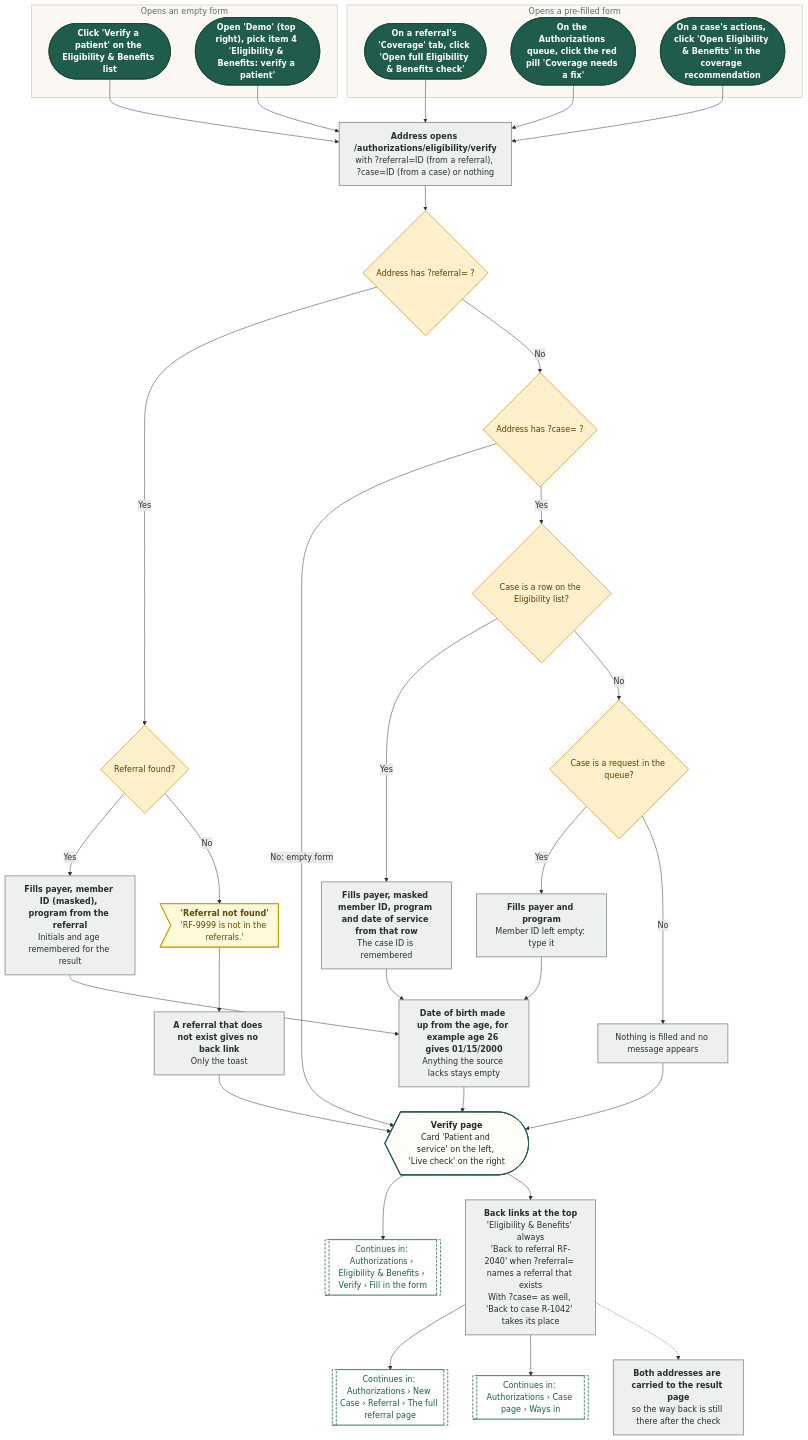
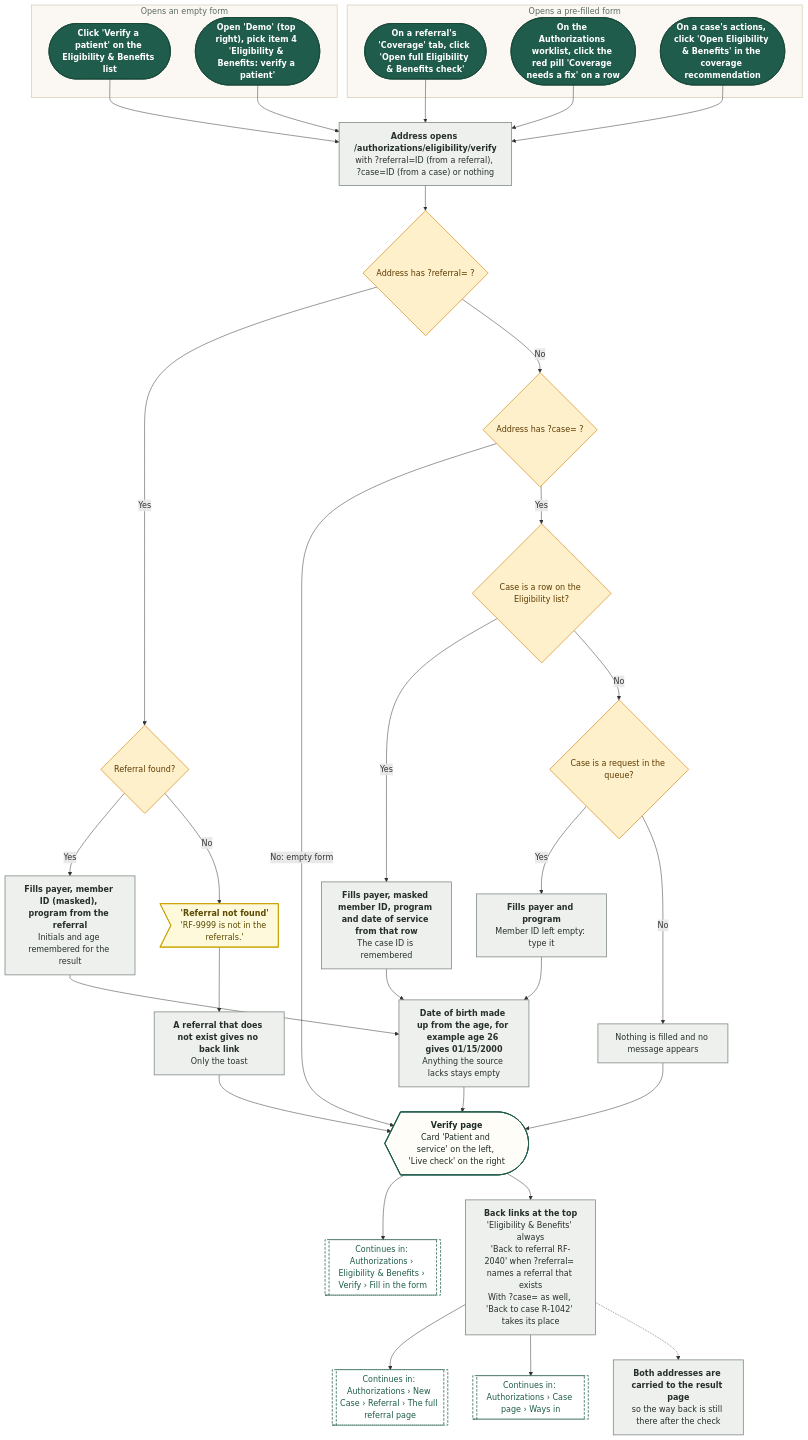
Before and after one commit to Shrav143/psyfloapp: the fourth of 28 diagrams in demos/prior-auth-demo/workflows/out/md/05-eligibility.md, drawn with Mermaid. The commit also changed other lines of this file and 113 other files, not shown here.

First line of the commit message:
docs: workflow diagrams for the merged Authorizations (worklist, approved, reviews and tracked cases, sidebar arrow), every link retargeted, 336 diagrams

````diff
--- a/demos/prior-auth-demo/workflows/out/md/05-eligibility.md
+++ b/demos/prior-auth-demo/workflows/out/md/05-eligibility.md
@@ -251,76 +251,76 @@
 ```mermaid
 %%{init: {"theme":"base","themeVariables":{"fontFamily":"'DM Sans', 'Segoe UI', system-ui, sans-serif","fontSize":"15px","lineColor":"#5B6B63","primaryTextColor":"#1C2B25","clusterBkg":"#FBF8F3","clusterBorder":"#D9CDBB","edgeLabelBackground":"#FFFFFF"},"flowchart":{"curve":"basis","nodeSpacing":36,"rankSpacing":48,"padding":12,"htmlLabels":true,"useMaxWidth":false,"wrappingWidth":230}} }%%
 flowchart TD
   classDef k_start fill:#1F5C4B,stroke:#174638,color:#FFFFFF,stroke-width:1.5px,font-weight:600
   classDef k_end fill:#DDEFE3,stroke:#2E7D4F,color:#14502F,stroke-width:1.5px,font-weight:600
   classDef k_endx fill:#FBE3E0,stroke:#C0392B,color:#7A1F16,stroke-width:1.5px,font-weight:600
   classDef k_screen fill:#FFFDF8,stroke:#1F5C4B,color:#1C2B25,stroke-width:2px
   classDef k_overlay fill:#F1F7F3,stroke:#1F5C4B,color:#1C2B25,stroke-width:2px,stroke-dasharray:5 3
   classDef k_click fill:#DCEBFA,stroke:#2F6DB5,color:#12365F,stroke-width:1.5px
   classDef k_input fill:#E4E7FF,stroke:#4C5FD5,color:#1D2670,stroke-width:1.5px
   classDef k_process fill:#EEF0EE,stroke:#7A857F,color:#26302B,stroke-width:1.5px
   classDef k_agent fill:#EEE5FA,stroke:#7A4FC2,color:#341A63,stroke-width:1.5px
   classDef k_decision fill:#FFF0CC,stroke:#D9962B,color:#5C3B00,stroke-width:1.5px
   classDef k_store fill:#D5F0EA,stroke:#1C8E7B,color:#0B4A3F,stroke-width:1.5px
   classDef k_doc fill:#F6E9DC,stroke:#B07A4C,color:#4A2E14,stroke-width:1.5px
   classDef k_ext fill:#FFE6D2,stroke:#E07B39,color:#6B2F06,stroke-width:1.5px
   classDef k_wait fill:#E4E8EE,stroke:#6B7C93,color:#26303D,stroke-width:1.5px
   classDef k_toast fill:#FFF9DB,stroke:#C9A400,color:#5A4A00,stroke-width:1.5px
   classDef k_goto fill:#FFFFFF,stroke:#1F5C4B,color:#1F5C4B,stroke-width:1.5px,stroke-dasharray:5 3
   subgraph gBlank ["Opens an empty form"]
   a1@{ shape: stadium, label: "Click 'Verify a patient' on the Eligibility & Benefits list" }
   a2@{ shape: stadium, label: "Open 'Demo' (top right), pick item 4 'Eligibility & Benefits: verify a patient'" }
   end
   subgraph gLinked ["Opens a pre-filled form"]
   a3@{ shape: stadium, label: "On a referral's 'Coverage' tab, click 'Open full Eligibility & Benefits check'" }
-  a4@{ shape: stadium, label: "On the Authorizations queue, click the red pill 'Coverage needs a fix'" }
+  a4@{ shape: stadium, label: "On the Authorizations worklist, click the red pill 'Coverage needs a fix' on a row" }
   a5@{ shape: stadium, label: "On a case's actions, click 'Open Eligibility & Benefits' in the coverage recommendation" }
   end
   p0@{ shape: rect, label: "<b>Address opens /authorizations/eligibility/verify</b><br/>with ?referral=ID (from a referral), ?case=ID (from a case) or nothing" }
   q1@{ shape: diam, label: "Address has ?referral= ?" }
   q2@{ shape: diam, label: "Referral found?" }
   p1@{ shape: rect, label: "<b>Fills payer, member ID (masked), program from the referral</b><br/>Initials and age remembered for the result" }
   t1@{ shape: odd, label: "<b>'Referral not found'</b><br/>'RF-9999 is not in the referrals.'" }
   q3@{ shape: diam, label: "Address has ?case= ?" }
   q4@{ shape: diam, label: "Case is a row on the Eligibility list?" }
   p2@{ shape: rect, label: "<b>Fills payer, masked member ID, program and date of service from that row</b><br/>The case ID is remembered" }
   q5@{ shape: diam, label: "Case is a request in the queue?" }
   p3@{ shape: rect, label: "<b>Fills payer and program</b><br/>Member ID left empty: type it" }
   p4@{ shape: rect, label: "Nothing is filled and no message appears" }
   p5@{ shape: rect, label: "<b>Date of birth made up from the age, for example age 26 gives 01/15/2000</b><br/>Anything the source lacks stays empty" }
   sc@{ shape: curv-trap, label: "<b>Verify page</b><br/>Card 'Patient and service' on the left, 'Live check' on the right" }
   bk@{ shape: rect, label: "<b>Back links at the top</b><br/>'Eligibility & Benefits' always<br/>'Back to referral RF-2040' when ?referral= names a referral that exists<br/>With ?case= as well, 'Back to case R-1042' takes its place" }
   nb@{ shape: rect, label: "<b>A referral that does not exist gives no back link</b><br/>Only the toast" }
   cy@{ shape: rect, label: "<b>Both addresses are carried to the result page</b><br/>so the way back is still there after the check" }
   g1@{ shape: subproc, label: "Continues in: Authorizations › Eligibility & Benefits › Verify › Fill in the form" }
   g2@{ shape: subproc, label: "Continues in: Authorizations › New Case › Referral › The full referral page" }
   g3@{ shape: subproc, label: "Continues in: Authorizations › Case page › Ways in" }
   a1 --> p0
   a2 --> p0
   a3 --> p0
   a4 --> p0
   a5 --> p0
   p0 --> q1
   q1 -->|"Yes"| q2
   q2 -->|"Yes"| p1 --> p5 --> sc
   q2 -->|"No"| t1 --> nb --> sc
   q1 -->|"No"| q3
   q3 -->|"No: empty form"| sc
   q3 -->|"Yes"| q4
   q4 -->|"Yes"| p2 --> p5
   q4 -->|"No"| q5
   q5 -->|"Yes"| p3 --> p5
   q5 -->|"No"| p4 --> sc
   sc --> g1
   sc --> bk
   bk --> g2 & g3
   bk -.-> cy
   class a1,a2,a3,a4,a5 k_start
   class p0,p1,p2,p3,p4,p5,bk,nb,cy k_process
   class q1,q2,q3,q4,q5 k_decision
   class t1 k_toast
   class sc k_screen
   class g1,g2,g3 k_goto
   style gBlank fill:#FBF8F3,stroke:#D9CDBB,stroke-width:1.5px,color:#5B6B63
   style gLinked fill:#FBF8F3,stroke:#D9CDBB,stroke-width:1.5px,color:#5B6B63
 ```
````
